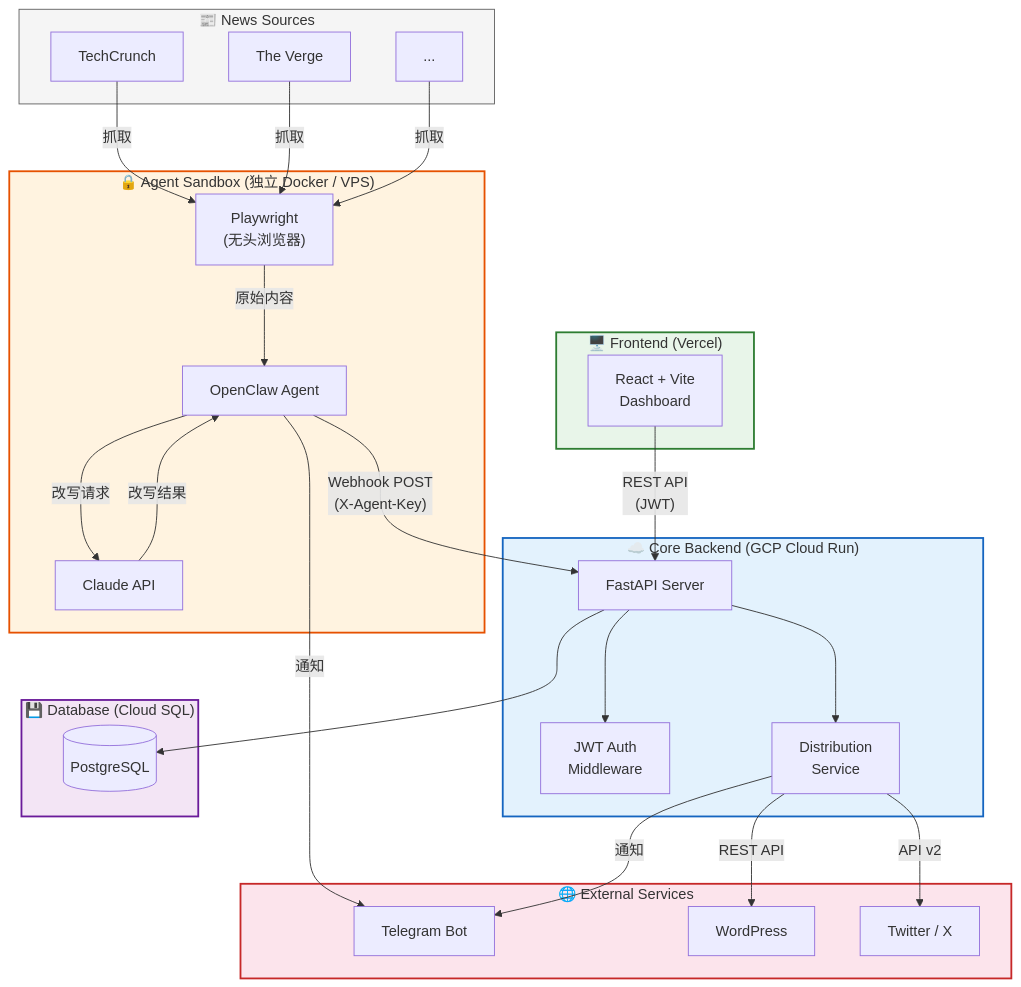
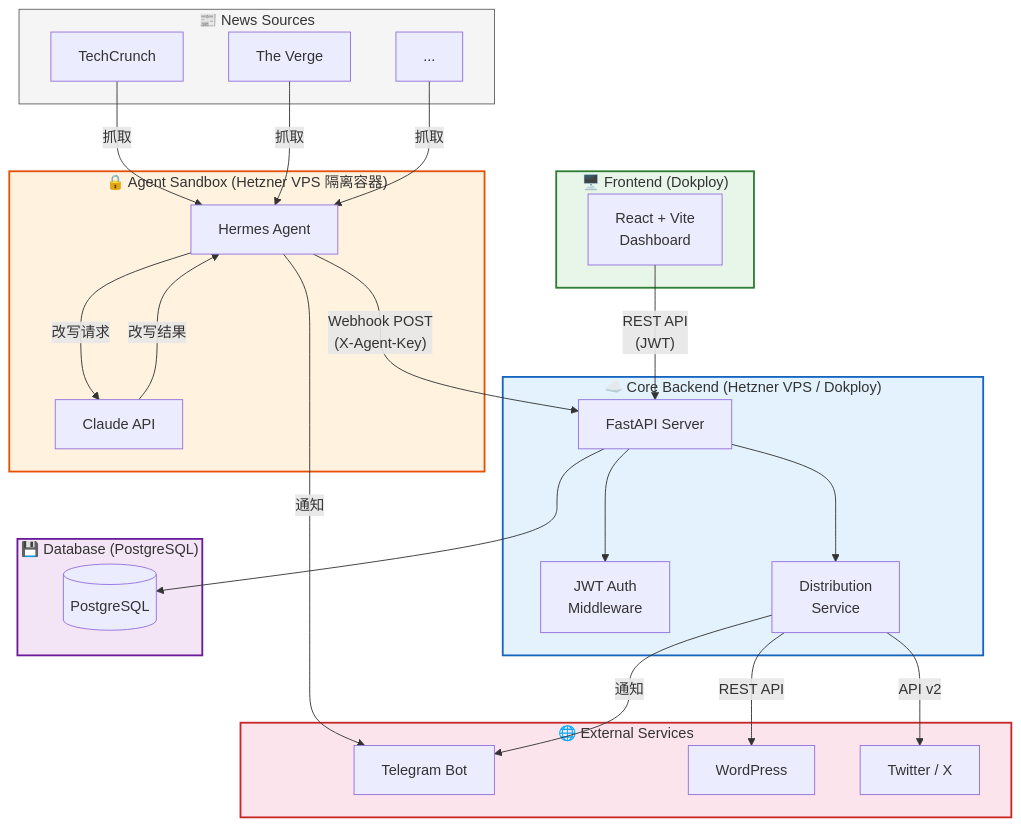
The first of 6 diagrams in docs/architecture.md (Guitang0414/Tiffany-Z-Intern-2026), drawn with Mermaid before and after one commit. The commit also changed other lines of this file and 5 other files, not shown here.

First line of the commit message:
update tech stack to Hermes Agent + Hetzner/Dokploy, add internship plan and CLAUDE.md

````diff
--- a/docs/architecture.md
+++ b/docs/architecture.md
@@ -9,63 +9,61 @@
 ```mermaid
 graph TB
-    subgraph sandbox["🔒 Agent Sandbox (独立 Docker / VPS)"]
-        OC["OpenClaw Agent"]
-        PW["Playwright<br/>(无头浏览器)"]
+    subgraph sandbox["🔒 Agent Sandbox (Hetzner VPS 隔离容器)"]
+        OC["Hermes Agent"]
         Claude["Claude API"]
     end
 
-    subgraph core["☁️ Core Backend (GCP Cloud Run)"]
+    subgraph core["☁️ Core Backend (Hetzner VPS / Dokploy)"]
         API["FastAPI Server"]
         Auth["JWT Auth<br/>Middleware"]
         Dist["Distribution<br/>Service"]
     end
 
-    subgraph db["💾 Database (Cloud SQL)"]
+    subgraph db["💾 Database (PostgreSQL)"]
         PG[("PostgreSQL")]
     end
 
-    subgraph frontend["🖥️ Frontend (Vercel)"]
+    subgraph frontend["🖥️ Frontend (Dokploy)"]
         UI["React + Vite<br/>Dashboard"]
     end
 
     subgraph external["🌐 External Services"]
         TG["Telegram Bot"]
         WP["WordPress"]
         TW["Twitter / X"]
     end
 
     subgraph sources["📰 News Sources"]
         NS1["TechCrunch"]
         NS2["The Verge"]
         NS3["..."]
     end
 
     %% Agent 层数据流
-    NS1 & NS2 & NS3 -->|"抓取"| PW
-    PW -->|"原始内容"| OC
+    NS1 & NS2 & NS3 -->|"抓取"| OC
     OC -->|"改写请求"| Claude
     Claude -->|"改写结果"| OC
     OC -->|"Webhook POST<br/>(X-Agent-Key)"| API
     OC -->|"通知"| TG
 
     %% 后端内部
     API --> Auth
     API --> PG
     API --> Dist
 
     %% 前端交互
     UI -->|"REST API<br/>(JWT)"| API
 
     %% 分发
     Dist -->|"REST API"| WP
     Dist -->|"API v2"| TW
     Dist -->|"通知"| TG
 
     %% 样式
     style sandbox fill:#fff3e0,stroke:#e65100,stroke-width:2px
     style core fill:#e3f2fd,stroke:#1565c0,stroke-width:2px
     style db fill:#f3e5f5,stroke:#6a1b9a,stroke-width:2px
     style frontend fill:#e8f5e9,stroke:#2e7d32,stroke-width:2px
     style external fill:#fce4ec,stroke:#c62828,stroke-width:2px
     style sources fill:#f5f5f5,stroke:#616161,stroke-width:1px
 ```
````
